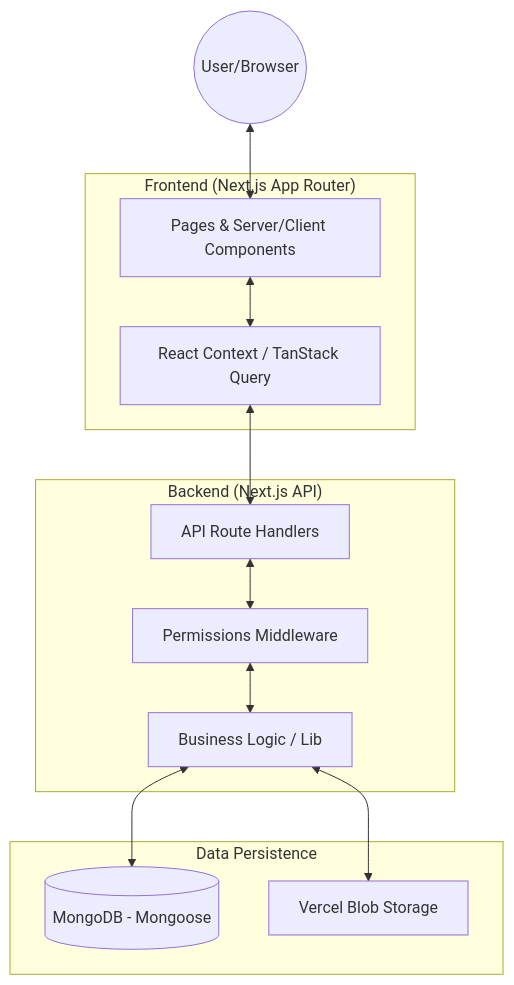
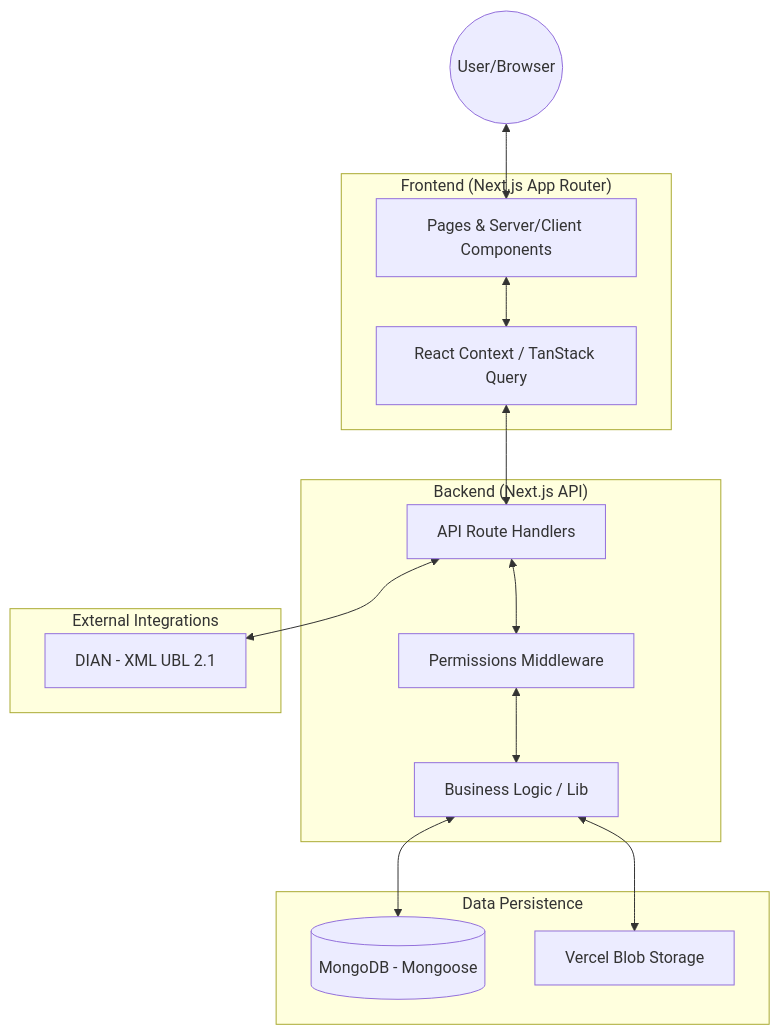
Before and after one commit to TanukiDev09/tanuki-admin: the diagram in docs/ARCHITECTURE.md, drawn with Mermaid. The commit also changed 134 other files, not shown here.

````diff
--- a/docs/ARCHITECTURE.md
+++ b/docs/ARCHITECTURE.md
@@ -7,28 +7,33 @@
 ```mermaid
 graph TD
     User((User/Browser))
 
     subgraph "Frontend (Next.js App Router)"
         UI[Pages & Server/Client Components]
         Context[React Context / TanStack Query]
     end
 
     subgraph "Backend (Next.js API)"
         API[API Route Handlers]
         Permissions[Permissions Middleware]
         Lib[Business Logic / Lib]
     end
 
     subgraph "Data Persistence"
         MongoDB[(MongoDB - Mongoose)]
         VBlob[Vercel Blob Storage]
     end
 
+    subgraph "External Integrations"
+        DIAN[DIAN - XML UBL 2.1]
+    end
+
     User <--> UI
     UI <--> Context
     Context <--> API
     API <--> Permissions
     Permissions <--> Lib
     Lib <--> MongoDB
     Lib <--> VBlob
+    API <--> DIAN
 ```
````
